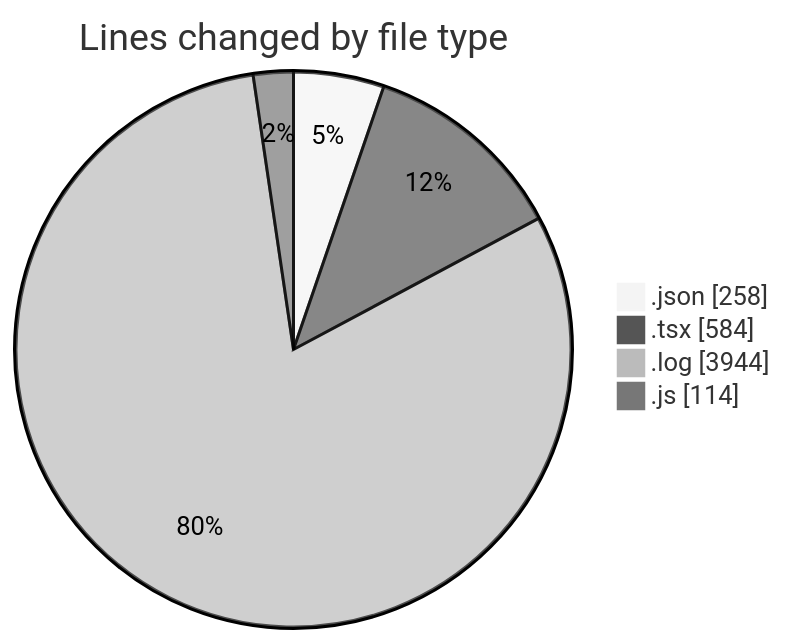
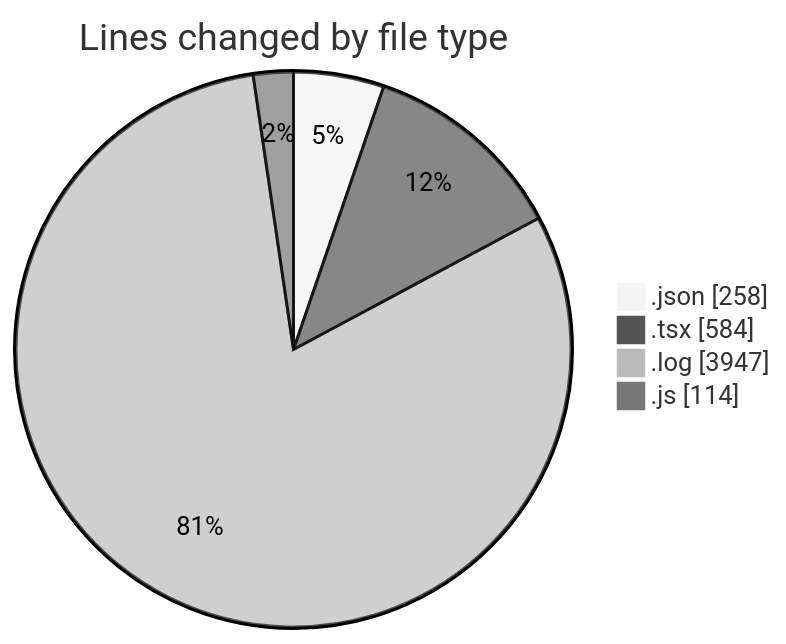
Before and after one commit to momahboobian/code-tracking: the first of 2 diagrams in 2026-03-24/cda/README.md, drawn with Mermaid (neutral theme). The commit also changed other lines of this file and 1 other file, not shown here.

````diff
--- a/2026-03-24/cda/README.md
+++ b/2026-03-24/cda/README.md
@@ -27,8 +27,8 @@
 ```mermaid
 pie showData
 title Lines changed by file type
 ".json" : 258
 ".tsx" : 584
-".log" : 3944
+".log" : 3947
 ".js" : 114
 ```
````
